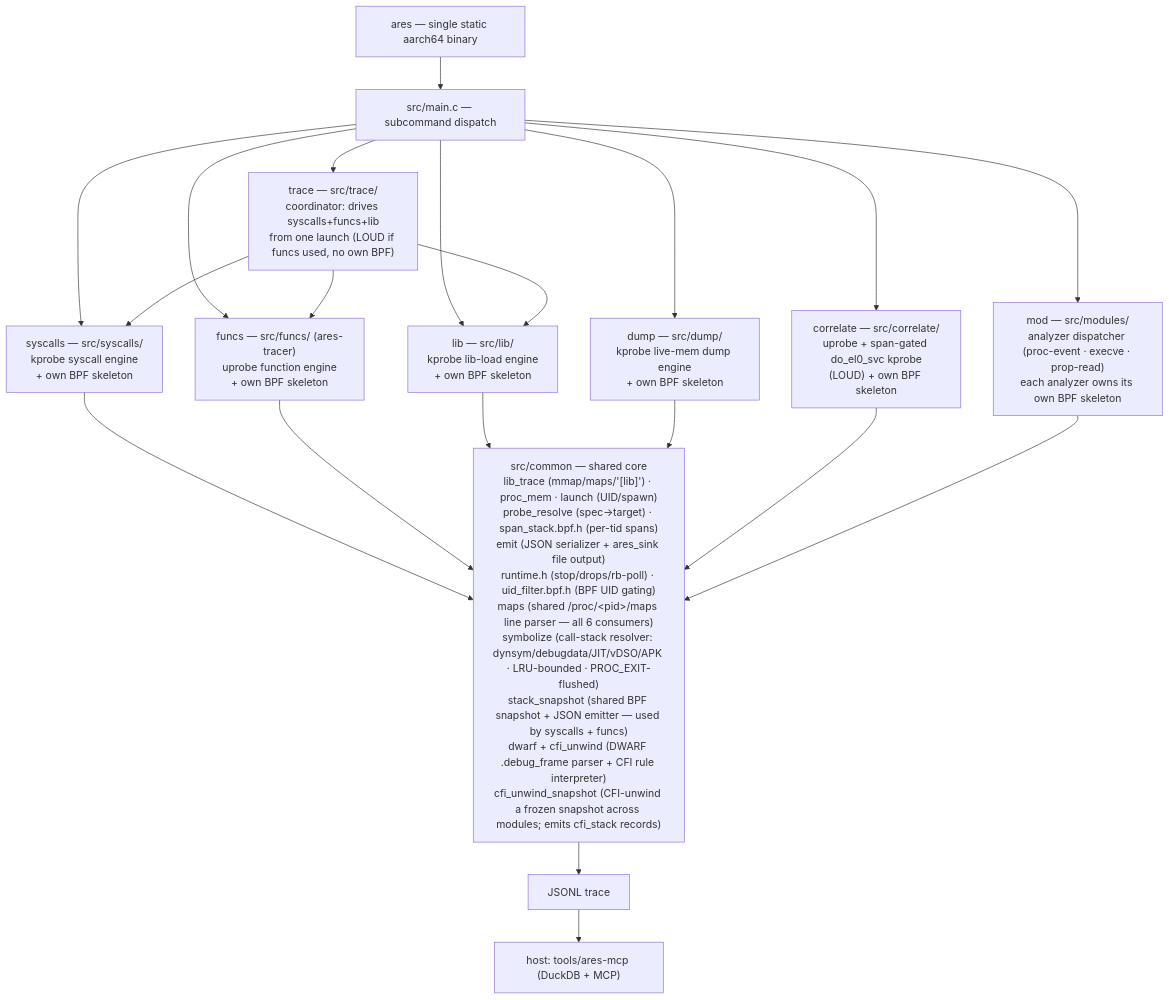
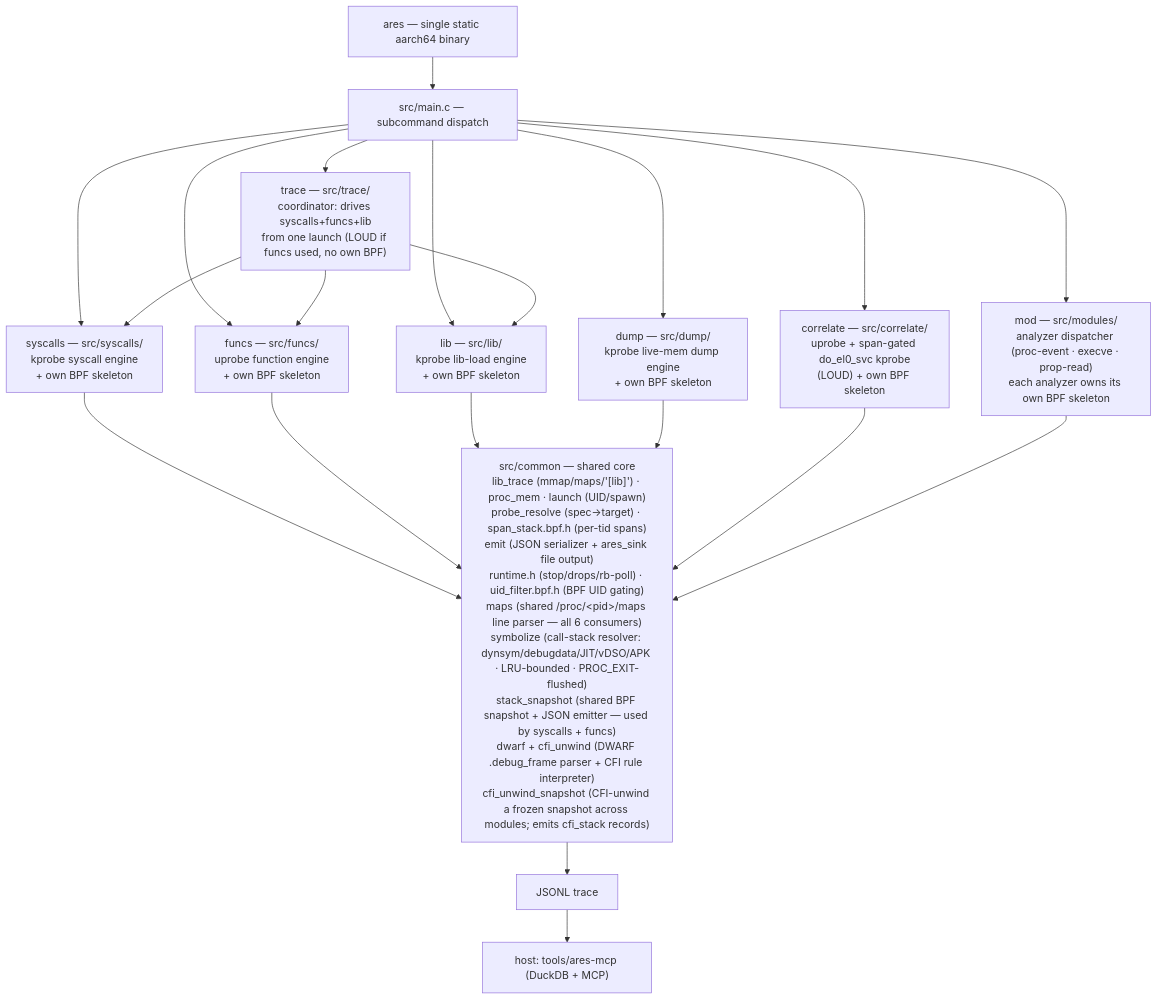
Before and after one commit to michaelaurelio/Anubee: the first of 2 diagrams in DOCUMENTATION.md, drawn with Mermaid. The commit also changed other lines of this file and 11 other files, not shown here.

First line of the commit message:
refactor: rename funcs engine ares-tracer.* -> funcs.*, move skel to build/

````diff
--- a/DOCUMENTATION.md
+++ b/DOCUMENTATION.md
@@ -17,35 +17,35 @@
 ```mermaid
 flowchart TD
     ares["ares — single static aarch64 binary"]
     main["src/main.c — subcommand dispatch"]
     syscalls["syscalls — src/syscalls/<br/>kprobe syscall engine<br/>+ own BPF skeleton"]
-    funcs["funcs — src/funcs/ (ares-tracer)<br/>uprobe function engine<br/>+ own BPF skeleton"]
+    funcs["funcs — src/funcs/<br/>uprobe function engine<br/>+ own BPF skeleton"]
     lib["lib — src/lib/<br/>kprobe lib-load engine<br/>+ own BPF skeleton"]
     dump["dump — src/dump/<br/>kprobe live-mem dump engine<br/>+ own BPF skeleton"]
     correlate["correlate — src/correlate/<br/>uprobe + span-gated do_el0_svc kprobe<br/>(LOUD) + own BPF skeleton"]
     tracecmd["trace — src/trace/<br/>coordinator: drives syscalls+funcs+lib<br/>from one launch (LOUD if funcs used, no own BPF)"]
     mod["mod — src/modules/<br/>analyzer dispatcher (proc-event · execve · prop-read)<br/>each analyzer owns its own BPF skeleton"]
     common["src/common — shared core<br/>lib_trace (mmap/maps/'[lib]') · proc_mem · launch (UID/spawn)<br/>probe_resolve (spec→target) · span_stack.bpf.h (per-tid spans)<br/>emit (JSON serializer + ares_sink file output)<br/>runtime.h (stop/drops/rb-poll) · uid_filter.bpf.h (BPF UID gating)<br/>maps (shared /proc/&lt;pid&gt;/maps line parser — all 6 consumers)<br/>symbolize (call-stack resolver: dynsym/debugdata/JIT/vDSO/APK · LRU-bounded · PROC_EXIT-flushed)<br/>stack_snapshot (shared BPF snapshot + JSON emitter — used by syscalls + funcs)<br/>dwarf + cfi_unwind (DWARF .debug_frame parser + CFI rule interpreter)<br/>cfi_unwind_snapshot (CFI-unwind a frozen snapshot across modules; emits cfi_stack records)"]
     trace["JSONL trace"]
     mcp["host: tools/ares-mcp (DuckDB + MCP)"]
 
     ares --> main
     main --> syscalls
     main --> funcs
     main --> lib
     main --> dump
     main --> correlate
     main --> tracecmd
     main --> mod
     tracecmd --> syscalls
     tracecmd --> funcs
     tracecmd --> lib
     syscalls --> common
     funcs --> common
     lib --> common
     dump --> common
     correlate --> common
     mod --> common
     common --> trace
     trace --> mcp
 ```
````
